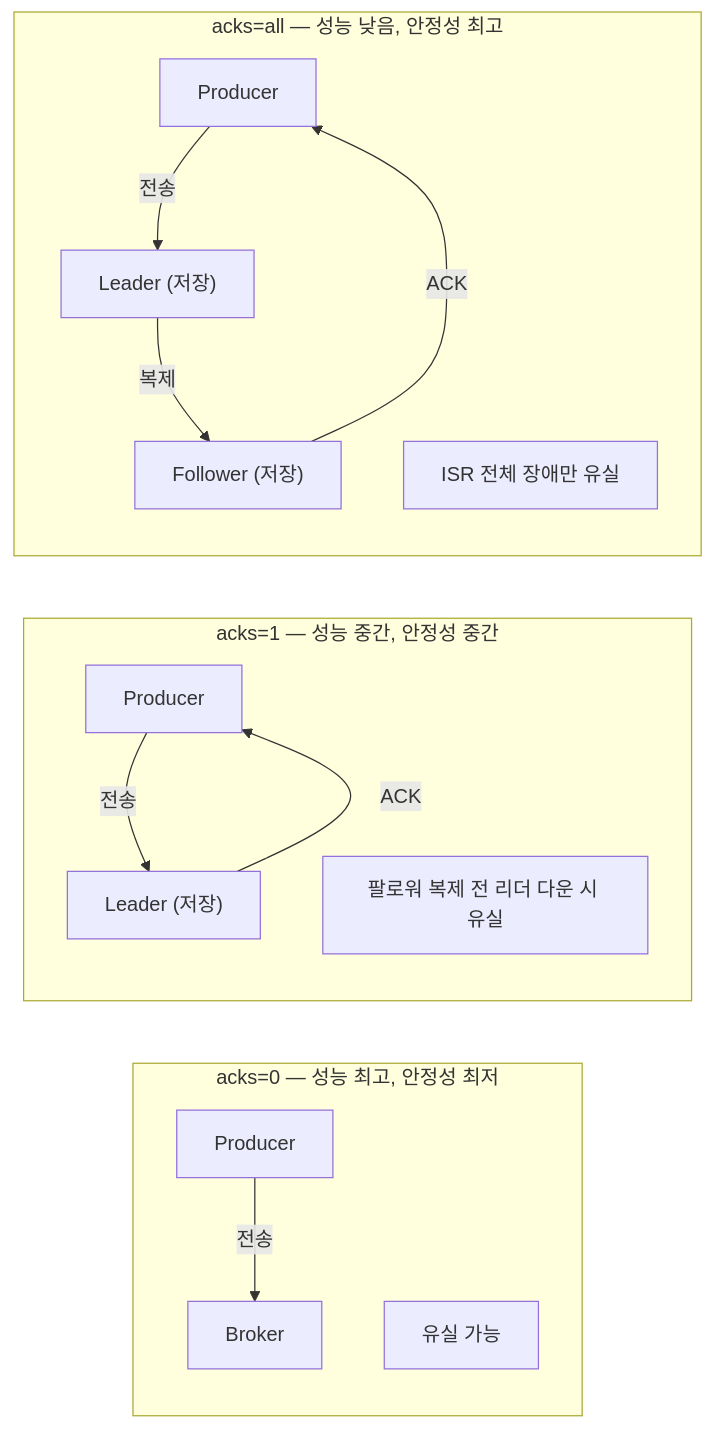
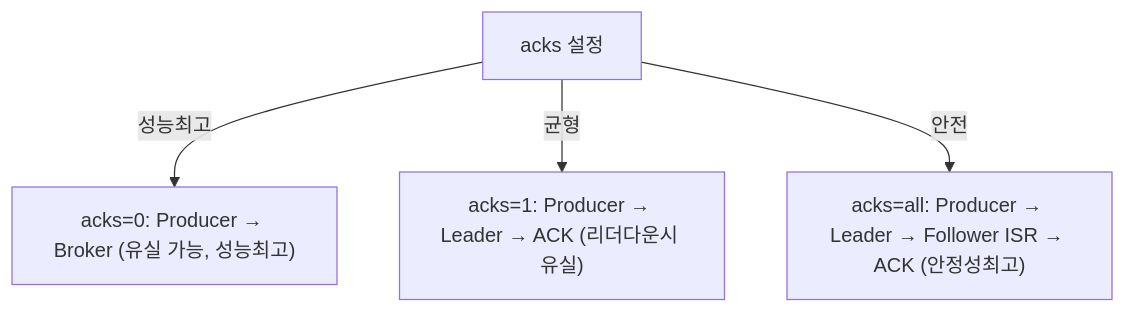
Diagram 17 of 17 in _posts/kafka/2026-05-01-kafka-fundamentals.md (yjkim2015/yjkim2015.github.io), drawn with Mermaid before and after one commit. The commit also changed other lines of this file and 215 other files, not shown here.

First line of the commit message:
신규 포스트 10개 추가 + Mermaid 전면 축소 + SystemDesign 시리즈 보강

````diff
--- a/_posts/kafka/2026-05-01-kafka-fundamentals.md
+++ b/_posts/kafka/2026-05-01-kafka-fundamentals.md
@@ -616,18 +571,10 @@
 ```mermaid
-graph LR
-    subgraph acks0["acks=0 — 성능 최고, 안정성 최저"]
-        A0P[Producer] -->|전송| A0B[Broker]
-        A0NOTE["유실 가능"]
-    end
-    subgraph acks1["acks=1 — 성능 중간, 안정성 중간"]
-        A1P[Producer] -->|전송| A1L["Leader (저장)"]
-        A1L -->|ACK| A1P
-        A1NOTE["팔로워 복제 전 리더 다운 시 유실"]
-    end
-    subgraph acksall["acks=all — 성능 낮음, 안정성 최고"]
-        AAP[Producer] -->|전송| AAL["Leader (저장)"]
-        AAL -->|복제| AAF["Follower (저장)"]
-        AAF -->|ACK| AAP
-        AANOTE["ISR 전체 장애만 유실"]
-    end
+graph TD
+    P0["acks=0: Producer → Broker (유실 가능, 성능최고)"]
+    P1["acks=1: Producer → Leader → ACK (리더다운시 유실)"]
+    PA["acks=all: Producer → Leader → Follower ISR → ACK (안정성최고)"]
+    ACKS["acks 설정"]
+    ACKS -->|"성능최고"| P0
+    ACKS -->|"균형"| P1
+    ACKS -->|"안전"| PA
 ```
````
